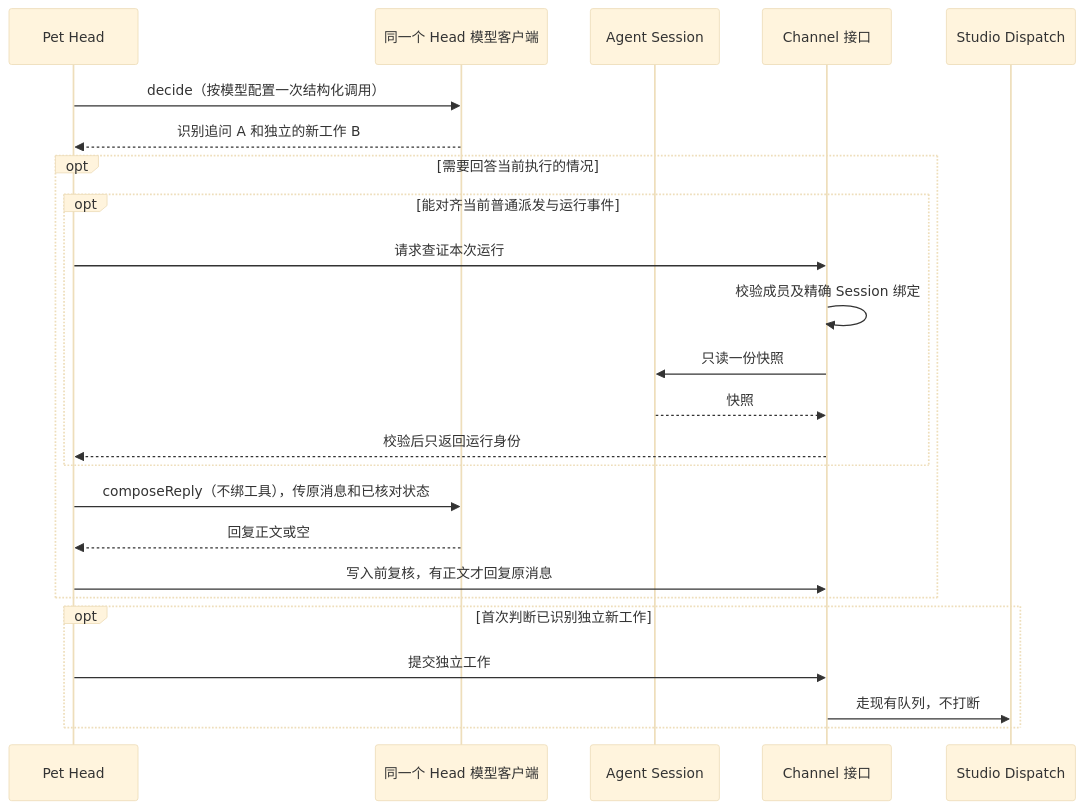
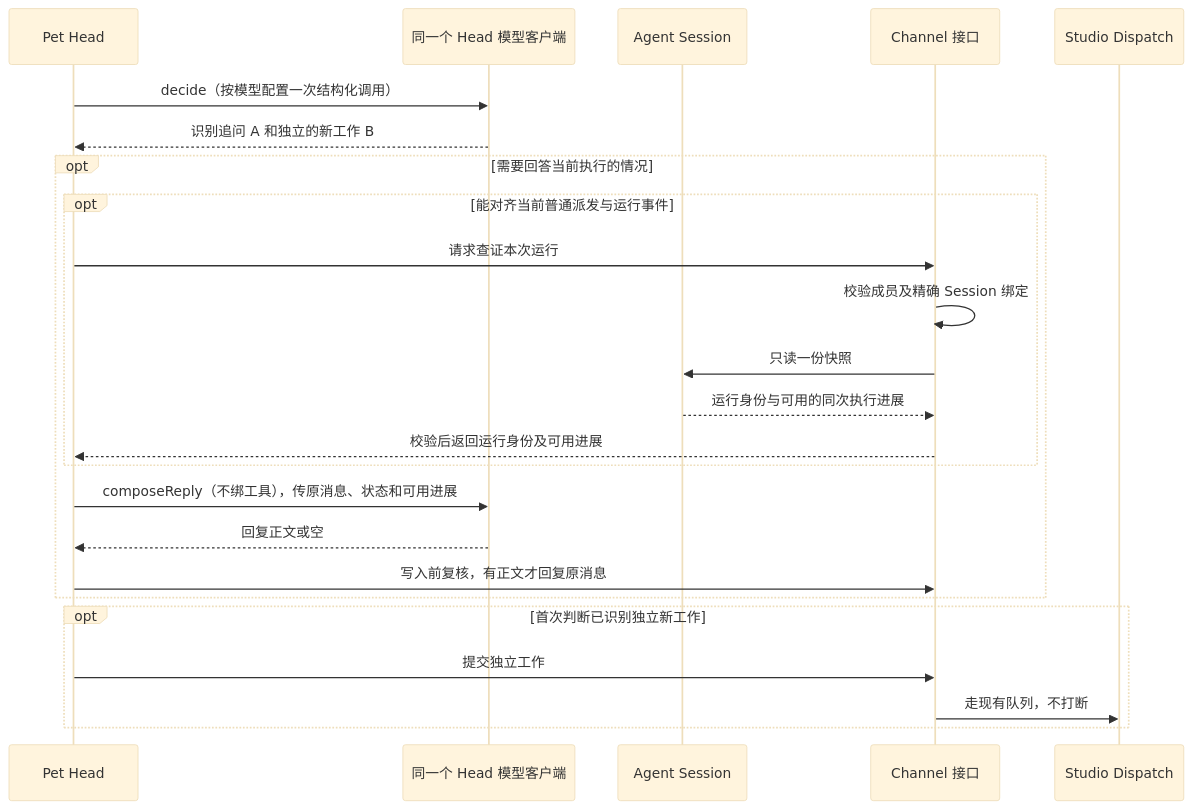
Before and after one commit to pinpawo/pinpawo-agent: the fourth of 5 diagrams in docs/design/studio/pet-head-mechanism.md, drawn with Mermaid (base theme). The commit also changed other lines of this file and 1 other file, not shown here.

````diff
--- a/docs/design/studio/pet-head-mechanism.md
+++ b/docs/design/studio/pet-head-mechanism.md
@@ -98,26 +100,26 @@
 ```mermaid
 sequenceDiagram
     participant H as Pet Head
     participant M as 同一个 Head 模型客户端
     participant S as Agent Session
     participant C as Channel 接口
     participant D as Studio Dispatch
     H->>M: decide（按模型配置一次结构化调用）
     M-->>H: 识别追问 A 和独立的新工作 B
     opt 需要回答当前执行的情况
         opt 能对齐当前普通派发与运行事件
             H->>C: 请求查证本次运行
             C->>C: 校验成员及精确 Session 绑定
             C->>S: 只读一份快照
-            S-->>C: 快照
-            C-->>H: 校验后只返回运行身份
+            S-->>C: 运行身份与可用的同次执行进展
+            C-->>H: 校验后返回运行身份及可用进展
         end
-        H->>M: composeReply（不绑工具），传原消息和已核对状态
+        H->>M: composeReply（不绑工具），传原消息、状态和可用进展
         M-->>H: 回复正文或空
         H->>C: 写入前复核，有正文才回复原消息
     end
     opt 首次判断已识别独立新工作
         H->>C: 提交独立工作
         C->>D: 走现有队列，不打断
     end
 ```
````
